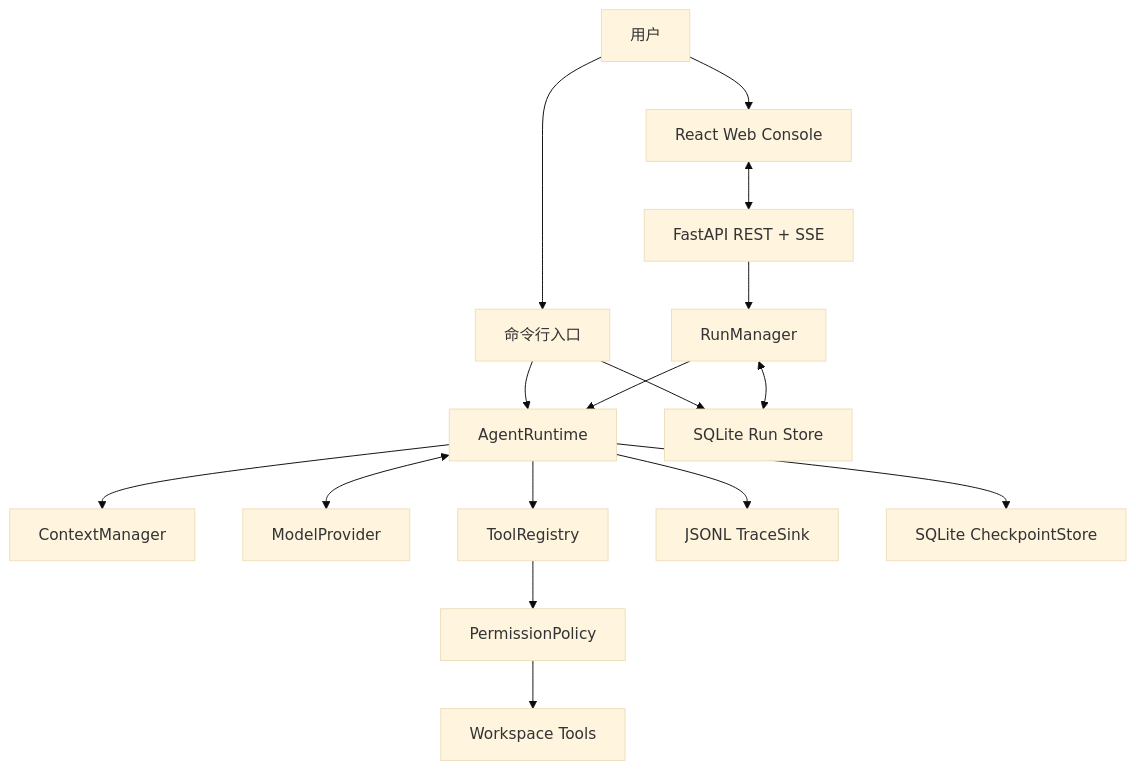
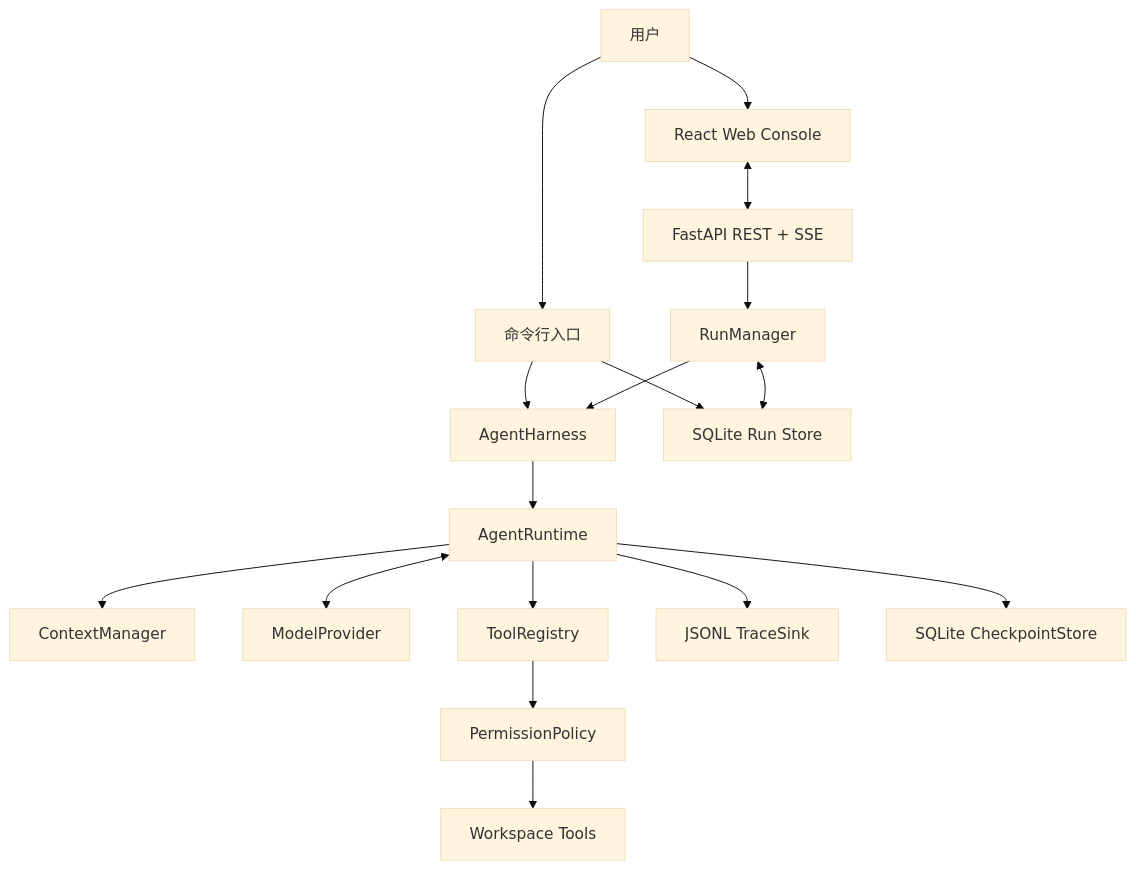
Before and after one commit to lucying-y/minicode-agent: the first of 3 diagrams in docs/code-design.zh-CN.md, drawn with Mermaid (base theme). The commit also changed other lines of this file and 1 other file, not shown here.

Commit message:
docs: document harness presets and usage

````diff
--- a/docs/code-design.zh-CN.md
+++ b/docs/code-design.zh-CN.md
@@ -101,18 +101,19 @@
 ```mermaid
 flowchart TD
     User["用户"] --> CLI["命令行入口"]
     User --> React["React Web Console"]
     React <--> API["FastAPI REST + SSE"]
     API --> Manager["RunManager"]
-    CLI --> Runtime["AgentRuntime"]
-    Manager --> Runtime
+    CLI --> Harness["AgentHarness"]
+    Manager --> Harness
     Runtime --> Context["ContextManager"]
+    Harness --> Runtime["AgentRuntime"]
     Runtime <--> Provider["ModelProvider"]
     Runtime --> Registry["ToolRegistry"]
     Registry --> Policy["PermissionPolicy"]
     Policy --> Tools["Workspace Tools"]
     Runtime --> Trace["JSONL TraceSink"]
     Runtime --> Checkpoint["SQLite CheckpointStore"]
     CLI --> RunStore["SQLite Run Store"]
     Manager <--> RunStore
 ```
````
